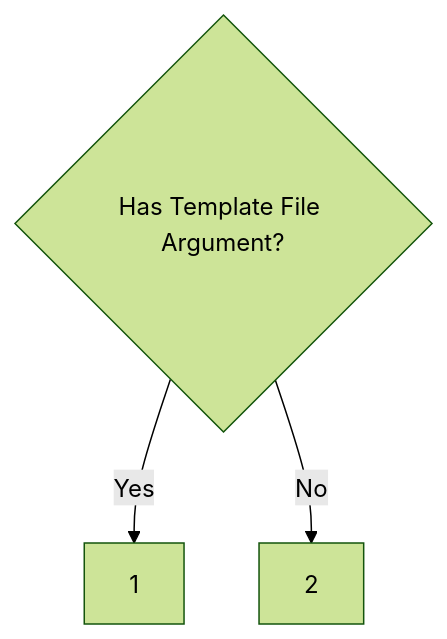
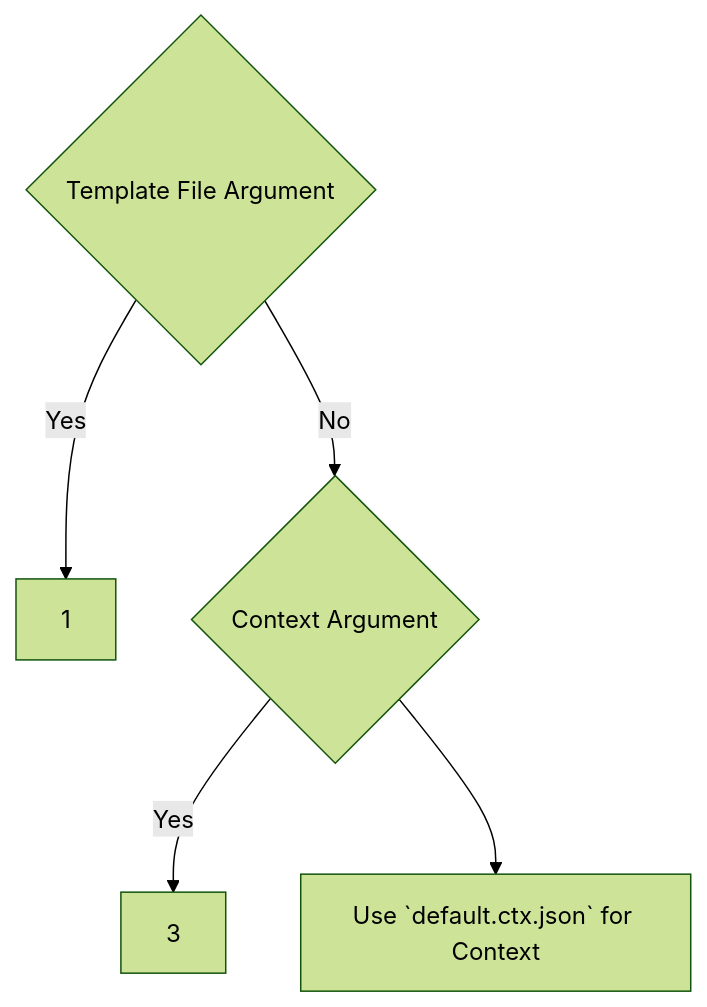
Before and after one commit to DK26/rendit: the diagram in rfcs/00-cli.md, drawn with Mermaid (forest theme).

Commit message:
md sketch

````diff
--- a/rfcs/00-cli.md
+++ b/rfcs/00-cli.md
@@ -8,6 +8,9 @@
 ```mermaid
 graph TD;
-    A{Has Template File Argument?};
-    A--> |Yes| B[1]
-    A--> |No| C[2]
+    A{Template File Argument};
+    A--> |Yes| B[1];
+    A--> |No| C[2];
+    C{Context Argument};
+    C--> |Yes| E[3];
+    C--> D[Use `default.ctx.json` for Context]
 ```  
````
